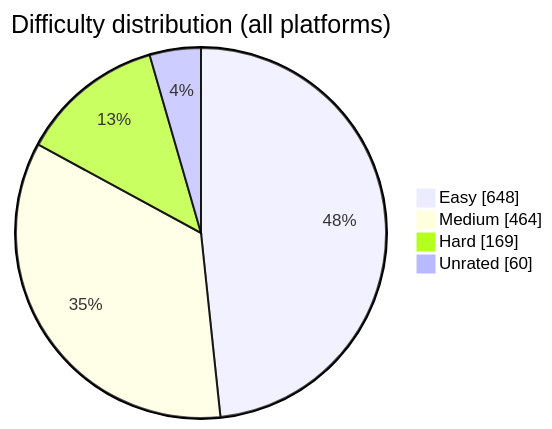
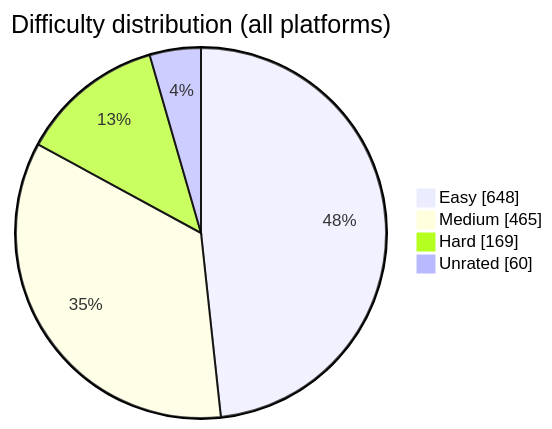
Before and after one commit to BuildbyArindam/Daily-Coding-Log: the diagram in README.md, drawn with Mermaid. The commit also changed other lines of this file, not shown here.

````diff
--- a/README.md
+++ b/README.md
@@ -93,7 +93,7 @@
 ```mermaid
 pie showData title Difficulty distribution (all platforms)
     "Easy" : 648
-    "Medium" : 464
+    "Medium" : 465
     "Hard" : 169
     "Unrated" : 60
 ```
````
